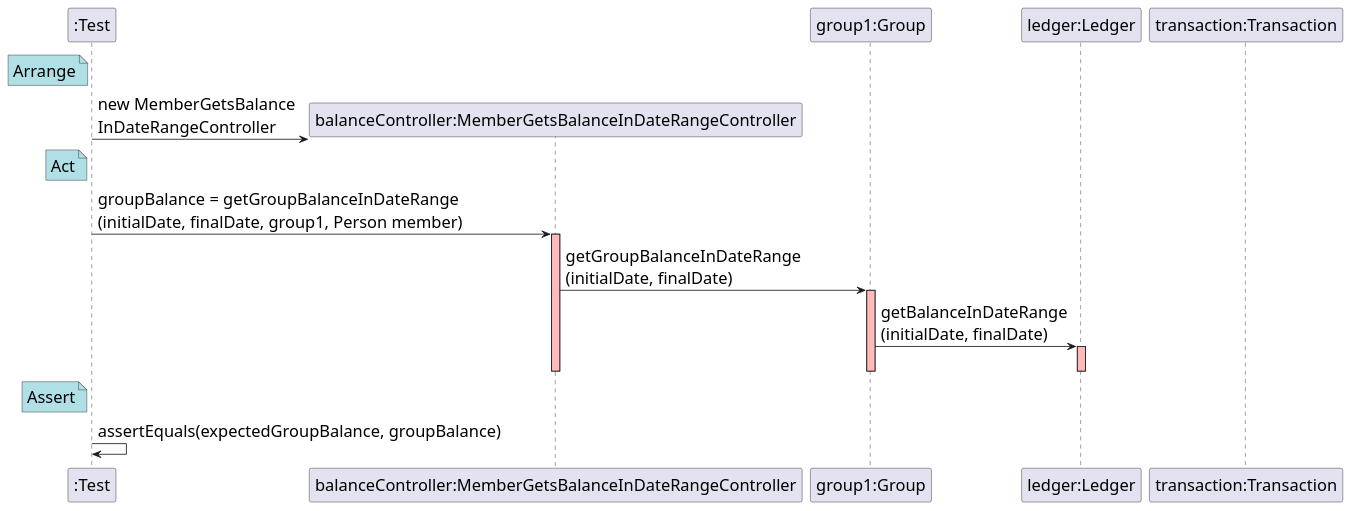
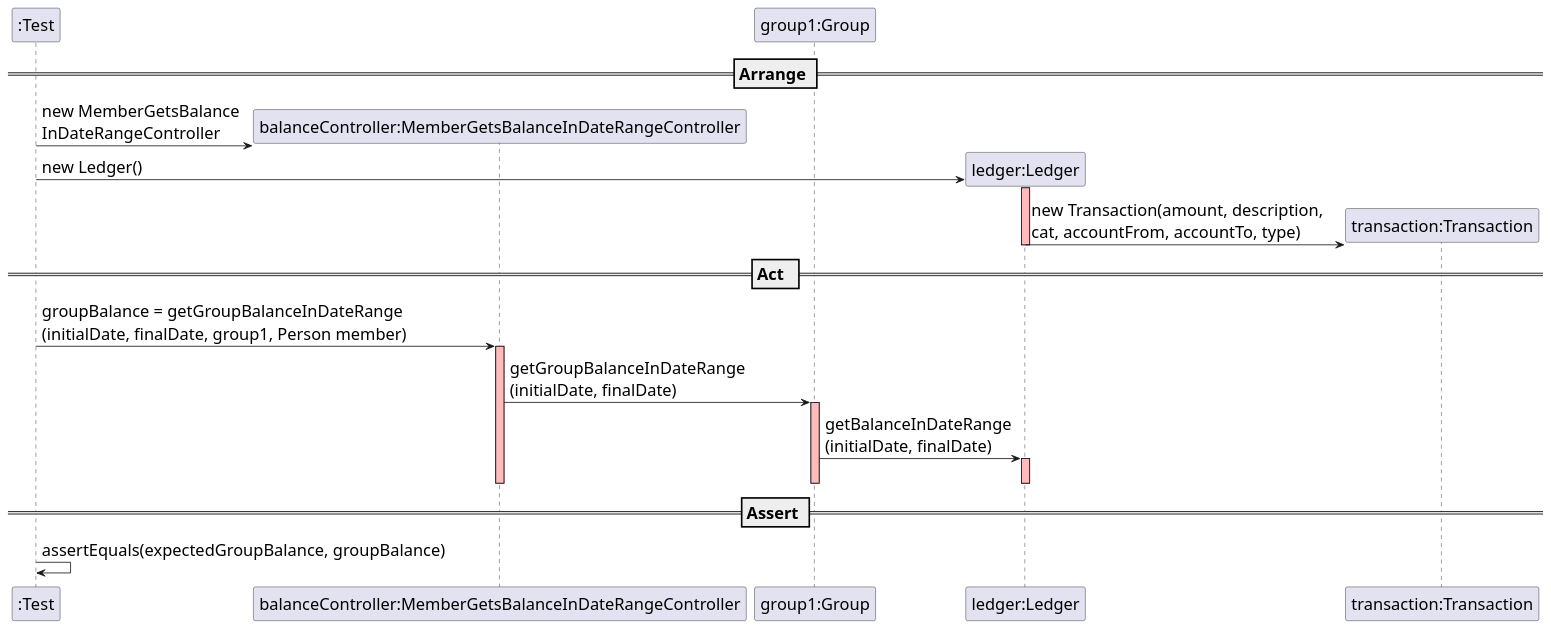
The diagram in docs/SequenceDiagram - US018.puml (mleitaoribeiro/DevOpsMaven), drawn with PlantUML before and after one commit. The commit also changed 1 other file, not shown here.

```diff
--- a/docs/SequenceDiagram - US018.puml
+++ b/docs/SequenceDiagram - US018.puml
@@ -1,40 +1,41 @@
 @startuml
 
 skinparam DefaultFontSize 20
 
 create ":Test"
 
-note left of ":Test" #powderblue
-	Arrange
-end note
+== Arrange ==
+
 create "balanceController:MemberGetsBalanceInDateRangeController"
 ":Test" -> "balanceController:MemberGetsBalanceInDateRangeController" : new MemberGetsBalance\nInDateRangeController
 
 participant "group1:Group"
-participant "ledger:Ledger"
-participant "transaction:Transaction"
 
-note left of ":Test" #powderblue
-	Act
-end note
+create "ledger:Ledger"
+":Test" -> "ledger:Ledger" : new Ledger()
+activate "ledger:Ledger" #FFBBBB
+
+create "transaction:Transaction"
+"ledger:Ledger" -> "transaction:Transaction" : new Transaction(amount, description, \ncat, accountFrom, accountTo, type)
+deactivate "ledger:Ledger" #FFBBBB
+
+== Act  ==
 
 ":Test" -> "balanceController:MemberGetsBalanceInDateRangeController" : groupBalance = getGroupBalanceInDateRange\n(initialDate, finalDate, group1, Person member)
 activate "balanceController:MemberGetsBalanceInDateRangeController" #FFBBBB
 
 "balanceController:MemberGetsBalanceInDateRangeController" -> "group1:Group": getGroupBalanceInDateRange\n(initialDate, finalDate)
 activate "group1:Group" #FFBBBB
 
 "group1:Group" -> "ledger:Ledger": getBalanceInDateRange\n(initialDate, finalDate)
 activate "ledger:Ledger" #FFBBBB
 
 deactivate "ledger:Ledger"
 deactivate "group1:Group"
 deactivate "balanceController:MemberGetsBalanceInDateRangeController"
 
-note left of ":Test" #powderblue
-	Assert
-end note
+== Assert ==
 
 ":Test" -> ":Test" : assertEquals(expectedGroupBalance, groupBalance)
 
 @enduml
```
